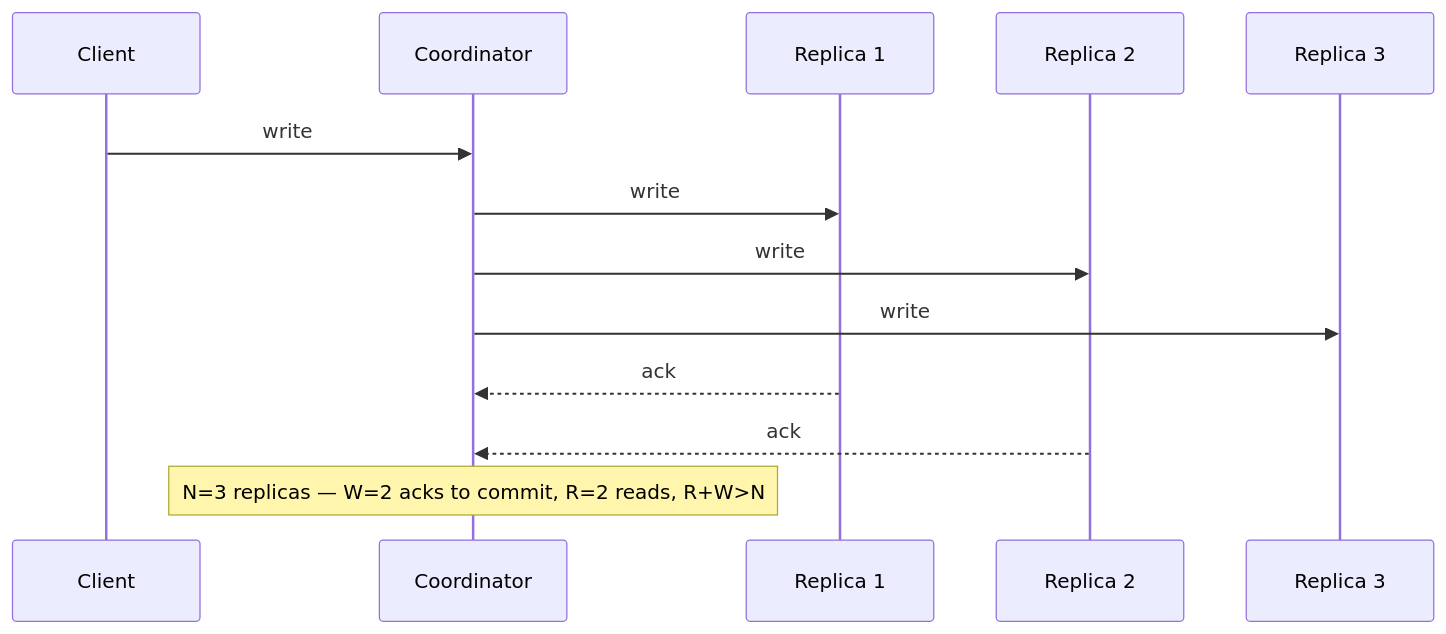
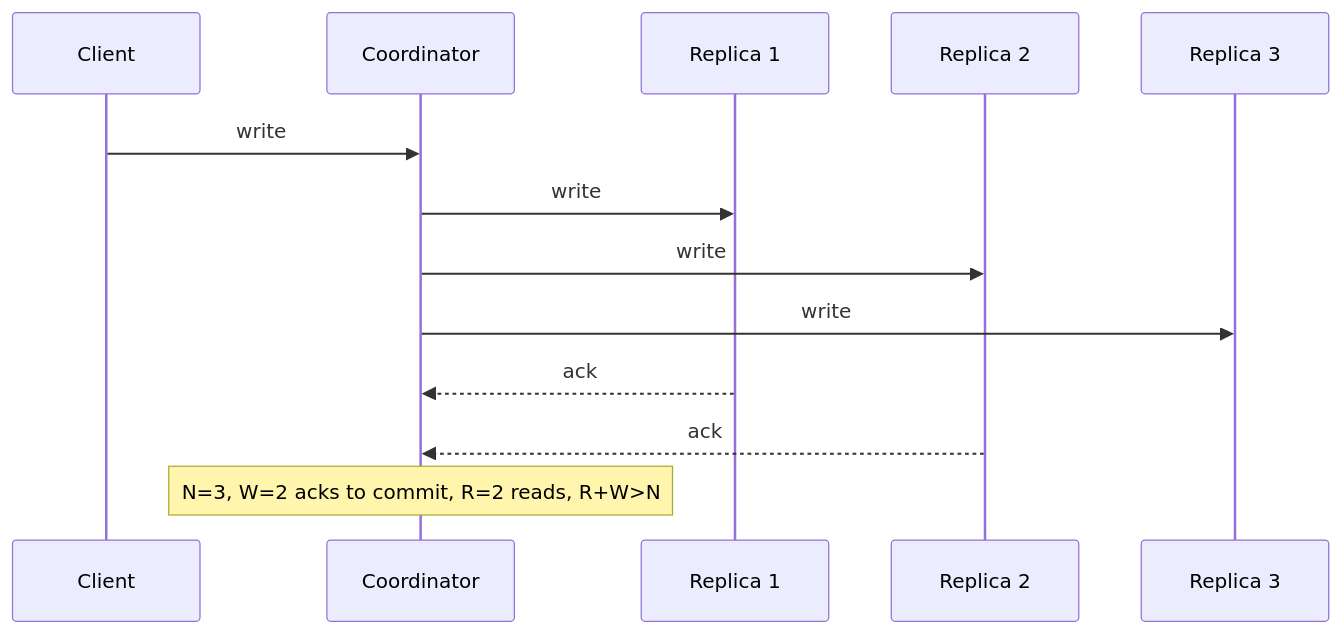
One commit to josuebrunel/josuebrunel.github.io changed the sixth of 22 diagrams in content/interview/interview-prep-databases-systems.md. Above: the diagram before and after it, drawn with Mermaid. The commit also changed other lines of this file and 6 other files, not shown here.

````diff
--- a/content/interview/interview-prep-databases-systems.md
+++ b/content/interview/interview-prep-databases-systems.md
@@ -242,15 +504,15 @@
 ```mermaid
 sequenceDiagram
     participant Client
     participant Coordinator
     participant R1 as Replica 1
     participant R2 as Replica 2
     participant R3 as Replica 3
     Client->>Coordinator: write
     Coordinator->>R1: write
     Coordinator->>R2: write
     Coordinator->>R3: write
     R1-->>Coordinator: ack
     R2-->>Coordinator: ack
-    Note over Coordinator: N=3 replicas — W=2 acks to commit, R=2 reads, R+W>N
+    Note over Coordinator: N=3, W=2 acks to commit, R=2 reads, R+W>N
 ```
````
